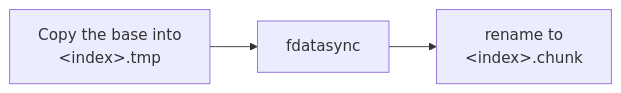
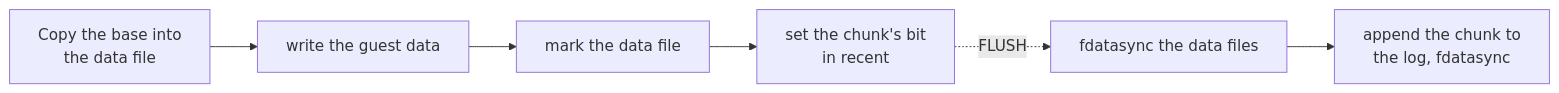
One commit to tanmoysrt/mica changed the first of 4 diagrams in docs/reliability.md. Above: the diagram before and after it, drawn with Mermaid. The commit also changed other lines of this file and 38 other files, not shown here.

````diff
--- a/docs/reliability.md
+++ b/docs/reliability.md
@@ -36,4 +37,5 @@
 ```mermaid
 flowchart LR
-    a["Copy the base into<br/>&lt;index&gt;.tmp"] --> b["fdatasync"] --> c["rename to<br/>&lt;index&gt;.chunk"]
+    a["Copy the base into<br/>the data file"] --> b["write the guest data"] --> c["mark the data file"] --> d["set the chunk's bit<br/>in recent"]
+    d -. "FLUSH" .-> e["fdatasync the data files"] --> f["append the chunk to<br/>the log, fdatasync"]
 ```
````
